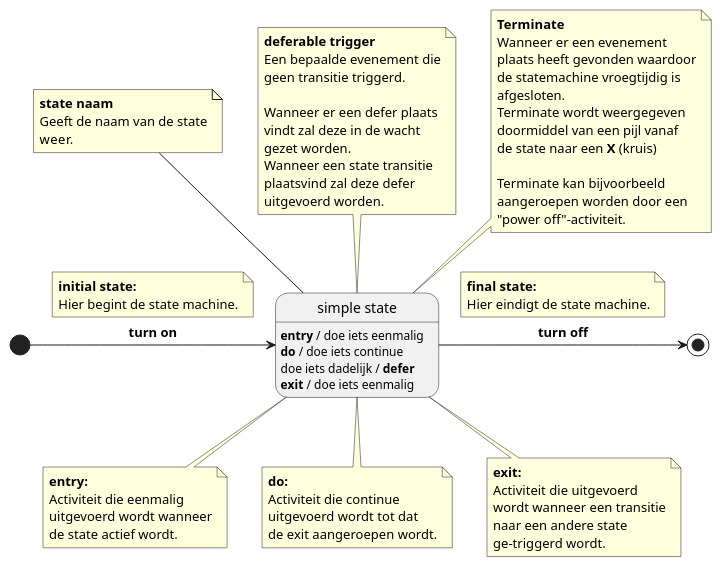
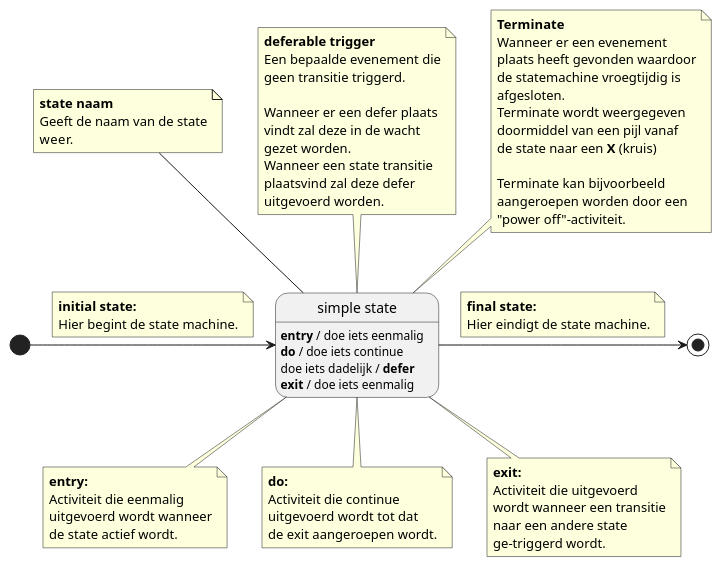
One commit to LukevLuijn/cheat_sheet_osm_mo changed the diagram in plantuml/state/state.puml. Above: the diagram before and after it, drawn with PlantUML. The commit also changed 1 other file, not shown here.

```diff
--- a/plantuml/state/state.puml
+++ b/plantuml/state/state.puml
@@ -1,102 +1,102 @@
 @startuml
 'https://plantuml.com/state-diagram
 
 'state name
 'entry
 'do
 'exit
 'operations
 'deferable triggers
 
 'scale 350 width
 
 state s1 as "simple state" {
     s1 : **entry** / doe iets eenmalig
     s1 : **do** / doe iets continue
     s1 : doe iets dadelijk / **defer**
     s1 : **exit** / doe iets eenmalig
 }
 
-[*] -right-> s1 : **turn on**
+[*] -right-> s1
 note top on link
     **initial state:**
     Hier begint de state machine.
 end note
 
-s1 -right-> [*] : **turn off**
+s1 -right-> [*]
 note top on link
     **final state:**
     Hier eindigt de state machine.
 end note
 
 note as n1
     **entry:**
     Activiteit die eenmalig
     uitgevoerd wordt wanneer
     de state actief wordt.
 end note
 
 note as n2
     **do:**
     Activiteit die continue
     uitgevoerd wordt tot dat
     de exit aangeroepen wordt.
 end note
 
 note as n3
     **exit:**
     Activiteit die uitgevoerd
     wordt wanneer een transitie
     naar een andere state
     ge-triggerd wordt.
 end note
 
 note as n4
     **state naam**
     Geeft de naam van de state
     weer.
 end note
 
 note as n5
     **deferable trigger**
     Een bepaalde evenement die
     geen transitie triggerd.
 
     Wanneer er een defer plaats
     vindt zal deze in de wacht
     gezet worden.
     Wanneer een state transitie
     plaatsvind zal deze defer
     uitgevoerd worden.
 end note
 
 note as n6
     **Terminate**
     Wanneer er een evenement
     plaats heeft gevonden waardoor
     de statemachine vroegtijdig is
     afgesloten.
     Terminate wordt weergegeven
     doormiddel van een pijl vanaf
     de state naar een **X** (kruis)
 
     Terminate kan bijvoorbeeld
     aangeroepen worden door een
     "power off"-activiteit.
 end note
 
 'n2 -[hidden]left-> n1
 'n2 -[hidden]right-> n3
 
 n1 -up-> s1
 n2 -up-> s1
 n3 -up-> s1
 
 'n4 -[hidden]left-> n5
 'n4 -[hidden]right-> n6
 
 n4 -down-> s1
 n5 -down-> s1
 n6 -down-> s1
 
 @enduml
```
